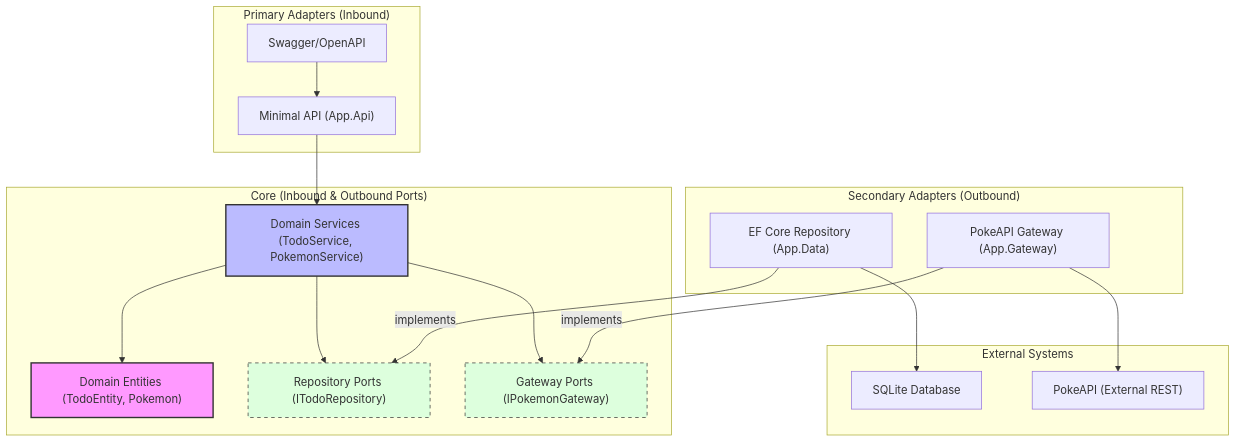
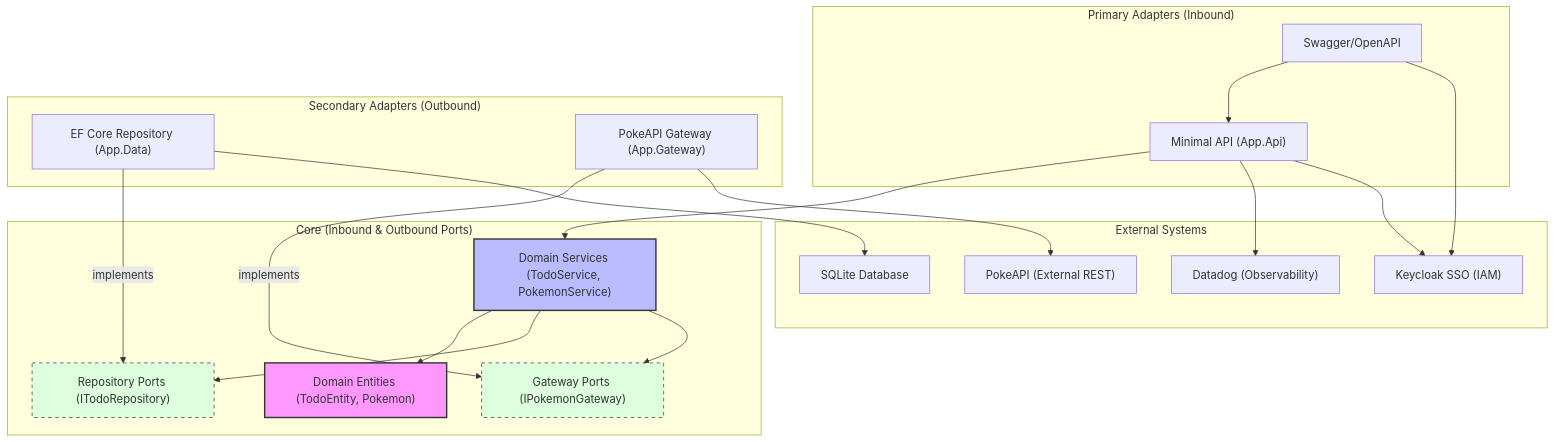
The diagram in docs/architecture/hexagon-diagram.md (hieu-nv/hexagon-dotnet-app), drawn with Mermaid before and after one commit. The commit also changed other lines of this file and 1 other file, not shown here.

Commit message:
docs(architecture): sync C4 and Hexagon diagrams with implemented services
- Add Keycloak SSO to C4 container diagram
- Add Keycloak SSO and Datadog to Hexagonal architecture diagram
- Fix typo in C4 container diagram description

````diff
--- a/docs/architecture/hexagon-diagram.md
+++ b/docs/architecture/hexagon-diagram.md
@@ -5,46 +5,51 @@
 ```mermaid
 graph TB
     subgraph "Core (Inbound & Outbound Ports)"
         Domain["Domain Entities (TodoEntity, Pokemon)"]
         Services["Domain Services (TodoService, PokemonService)"]
         RepoPort["Repository Ports (ITodoRepository)"]
         GatePort["Gateway Ports (IPokemonGateway)"]
     end
 
     subgraph "Primary Adapters (Inbound)"
         API["Minimal API (App.Api)"]
         Swagger["Swagger/OpenAPI"]
     end
 
     subgraph "Secondary Adapters (Outbound)"
         EF["EF Core Repository (App.Data)"]
         PokeGate["PokeAPI Gateway (App.Gateway)"]
     end
 
     subgraph "External Systems"
         SQLite["SQLite Database"]
         PokeAPI["PokeAPI (External REST)"]
+        Keycloak["Keycloak SSO (IAM)"]
+        Datadog["Datadog (Observability)"]
     end
 
     %% Inbound Flow
     API --> Services
     Swagger --> API
+    Swagger --> Keycloak
 
     %% Service to Port Flow
     Services --> Domain
     Services --> RepoPort
     Services --> GatePort
 
     %% Outbound implementation
     EF -- implements --> RepoPort
     PokeGate -- implements --> GatePort
 
     %% Adapter to Infrastructure
     EF --> SQLite
     PokeGate --> PokeAPI
+    API --> Datadog
+    API --> Keycloak
 
     style Domain fill:#f9f,stroke:#333,stroke-width:2px
     style Services fill:#bbf,stroke:#333,stroke-width:2px
     style RepoPort fill:#dfd,stroke:#333,stroke-dasharray: 5 5
     style GatePort fill:#dfd,stroke:#333,stroke-dasharray: 5 5
 ```
````
